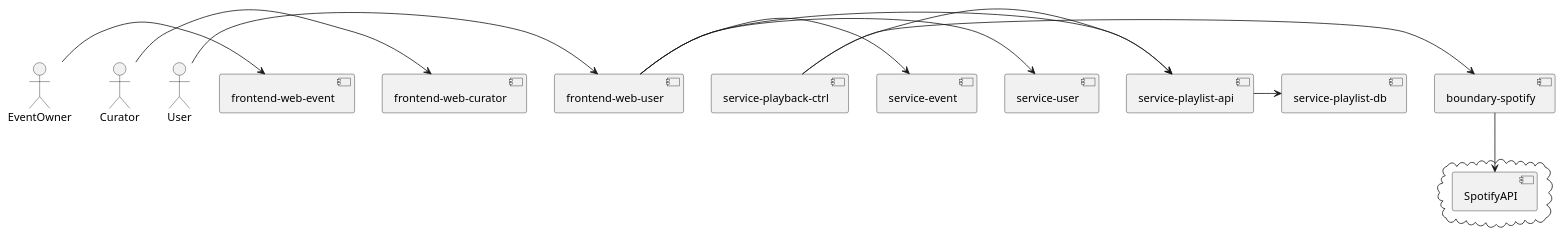
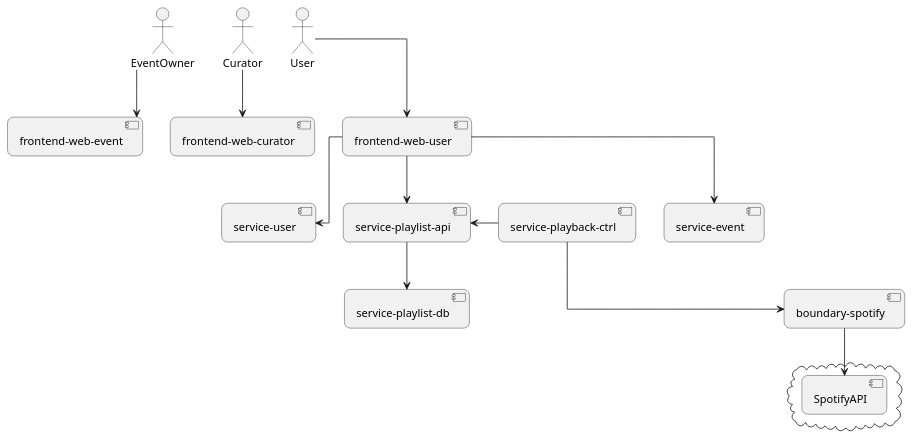
One commit to sa-mw-dach/opendj changed the diagram in docs/20architecture/architectureOverview.puml. Above: the diagram before and after it, drawn with PlantUML.

Commit message:
Layout Fixed #43

```diff
--- a/docs/20architecture/architectureOverview.puml
+++ b/docs/20architecture/architectureOverview.puml
@@ -1,49 +1,52 @@
 @startuml component
+skinparam linetype ortho 
+' skinparam linetype polyline 
+skinparam roundcorner 15
 
 together {
       actor User as user
       actor Curator as curator
       actor EventOwner as eventowner
 }
 
 together {
       component [frontend-web-user] as frontendwebuser  
       component [frontend-web-curator] as frontendwebcurator
       component [frontend-web-event] as frontendwebevent
 }
 
 
 together {
       together {
       component [service-playlist-api] as serviceplaylistapi  
       component [service-playlist-db] as serviceplaylistdb
 
       }
       component [service-user] as serviceuserapi
       component [service-event] as serviceeventapi  
       component [service-playback-ctrl] as serviceplaybackctrl
 }
 
 together {
       component [boundary-spotify] as boundaryspotify  
 }
 
 cloud  {
   component SpotifyAPI  as spotifyapi
 }
 
 
-user -> frontendwebuser
-curator->frontendwebcurator
-eventowner->frontendwebevent
+user -down-> frontendwebuser
+curator -down-> frontendwebcurator
+eventowner -down-> frontendwebevent
 
-frontendwebuser -> serviceuserapi
-frontendwebuser -> serviceeventapi
-frontendwebuser -> serviceplaylistapi
-serviceplaylistapi -> serviceplaylistdb
+frontendwebuser -down-> serviceuserapi
+frontendwebuser -down-> serviceeventapi
+frontendwebuser -down-> serviceplaylistapi
+serviceplaylistapi -down-> serviceplaylistdb
 
-serviceplaybackctrl -> serviceplaylistapi
-serviceplaybackctrl -> boundaryspotify
+serviceplaybackctrl -right-> serviceplaylistapi
+serviceplaybackctrl --> boundaryspotify
 
 boundaryspotify --> spotifyapi 
 @enduml
```
